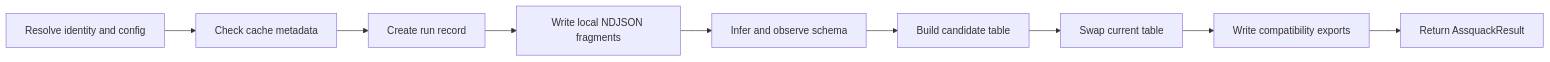
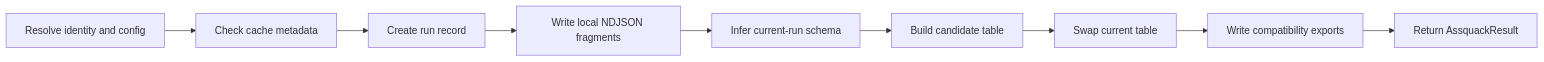
One commit to RFARQ3/assquack changed the diagram in docs/materialization-lifecycle.md. Above: the diagram before and after it, drawn with Mermaid. The commit also changed other lines of this file and 17 other files, not shown here.

First line of the commit message:
feat(schema): infer replacement tables from current-run fragments

````diff
--- a/docs/materialization-lifecycle.md
+++ b/docs/materialization-lifecycle.md
@@ -10,11 +10,11 @@
 ```mermaid
 flowchart LR
   Resolve[Resolve identity and config] --> Cache[Check cache metadata]
   Cache --> Run[Create run record]
   Run --> Capture[Write local NDJSON fragments]
-  Capture --> Infer[Infer and observe schema]
+  Capture --> Infer[Infer current-run schema]
   Infer --> Candidate[Build candidate table]
   Candidate --> Commit[Swap current table]
   Commit --> Export[Write compatibility exports]
   Export --> Result[Return AssquackResult]
 ```
````
